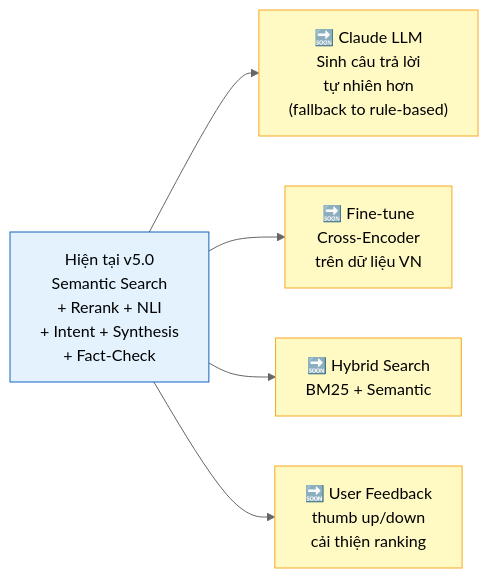
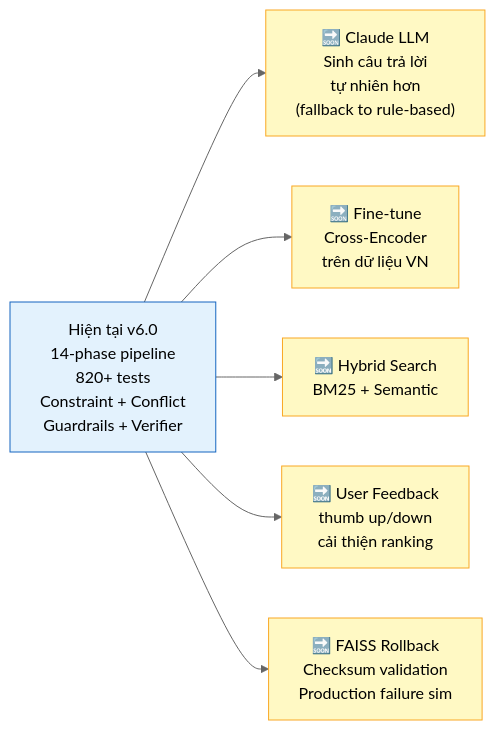
Before and after one commit to HistoryMindAI/vietnam_history_dataset: diagram 24 of 24 in AI_DEVELOPMENT_ROADMAP.md, drawn with Mermaid (neutral theme). The commit also changed other lines of this file and 42 other files, not shown here.

First line of the commit message:
feat: Production-Grade Engine V2 - Hybrid Retriever, Temporal Engine, Self-Verification, KG Schema, Evaluation Framework

````diff
--- a/AI_DEVELOPMENT_ROADMAP.md
+++ b/AI_DEVELOPMENT_ROADMAP.md
@@ -707,13 +823,15 @@
 ```mermaid
 graph LR
-    Now["Hiện tại v5.0\nSemantic Search\n+ Rerank + NLI\n+ Intent + Synthesis\n+ Fact-Check"] --> F1["🔜 Claude LLM\nSinh câu trả lời\ntự nhiên hơn\n(fallback to rule-based)"]
-    Now --> F2["🔜 Fine-tune\nCross-Encoder\ntrên dữ liệu VN"]
-    Now --> F3["🔜 Hybrid Search\nBM25 + Semantic"]
-    Now --> F4["🔜 User Feedback\nthumb up/down\ncải thiện ranking"]
+    Now["Hiện tại v6.0<br/>14-phase pipeline<br/>820+ tests<br/>Constraint + Conflict<br/>Guardrails + Verifier"] --> F1["🔜 Claude LLM<br/>Sinh câu trả lời<br/>tự nhiên hơn<br/>(fallback to rule-based)"]
+    Now --> F2["🔜 Fine-tune<br/>Cross-Encoder<br/>trên dữ liệu VN"]
+    Now --> F3["🔜 Hybrid Search<br/>BM25 + Semantic"]
+    Now --> F4["🔜 User Feedback<br/>thumb up/down<br/>cải thiện ranking"]
+    Now --> F5["🔜 FAISS Rollback<br/>Checksum validation<br/>Production failure sim"]
 
     style Now fill:#E3F2FD,stroke:#1565C0
     style F1 fill:#FFF9C4,stroke:#F9A825
     style F2 fill:#FFF9C4,stroke:#F9A825
     style F3 fill:#FFF9C4,stroke:#F9A825
     style F4 fill:#FFF9C4,stroke:#F9A825
+    style F5 fill:#FFF9C4,stroke:#F9A825
 ```
````
